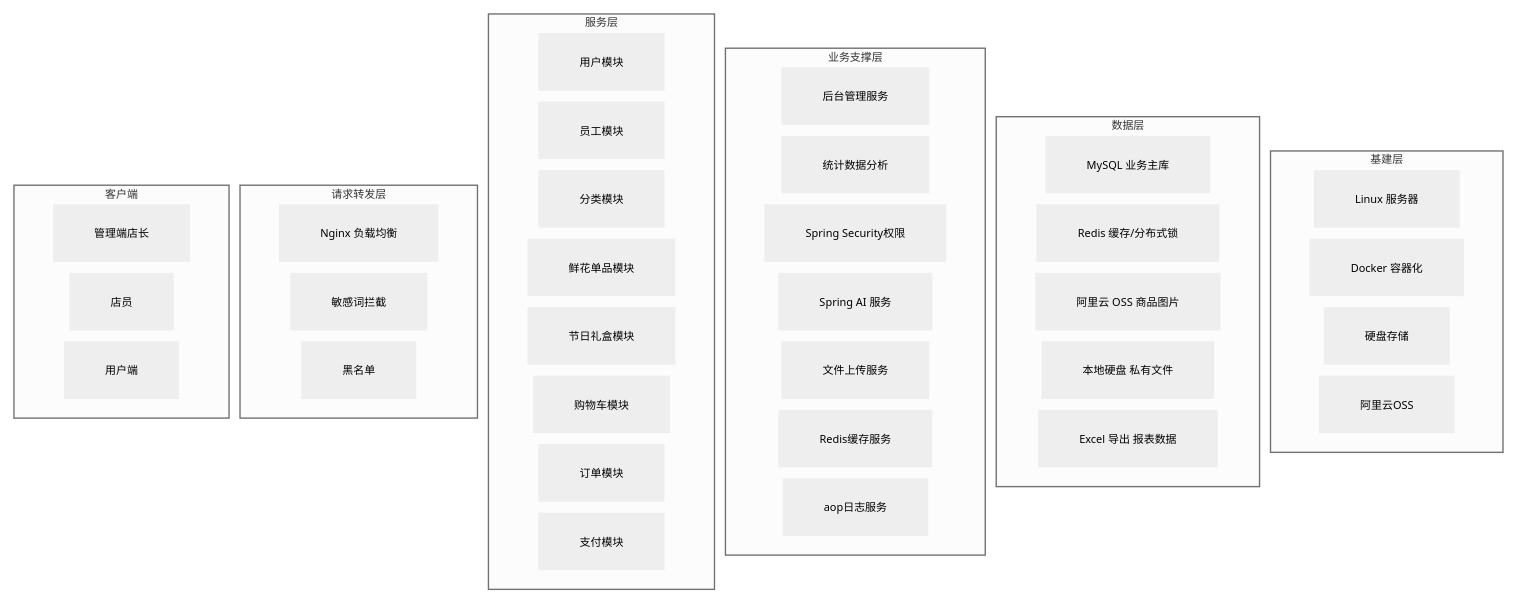
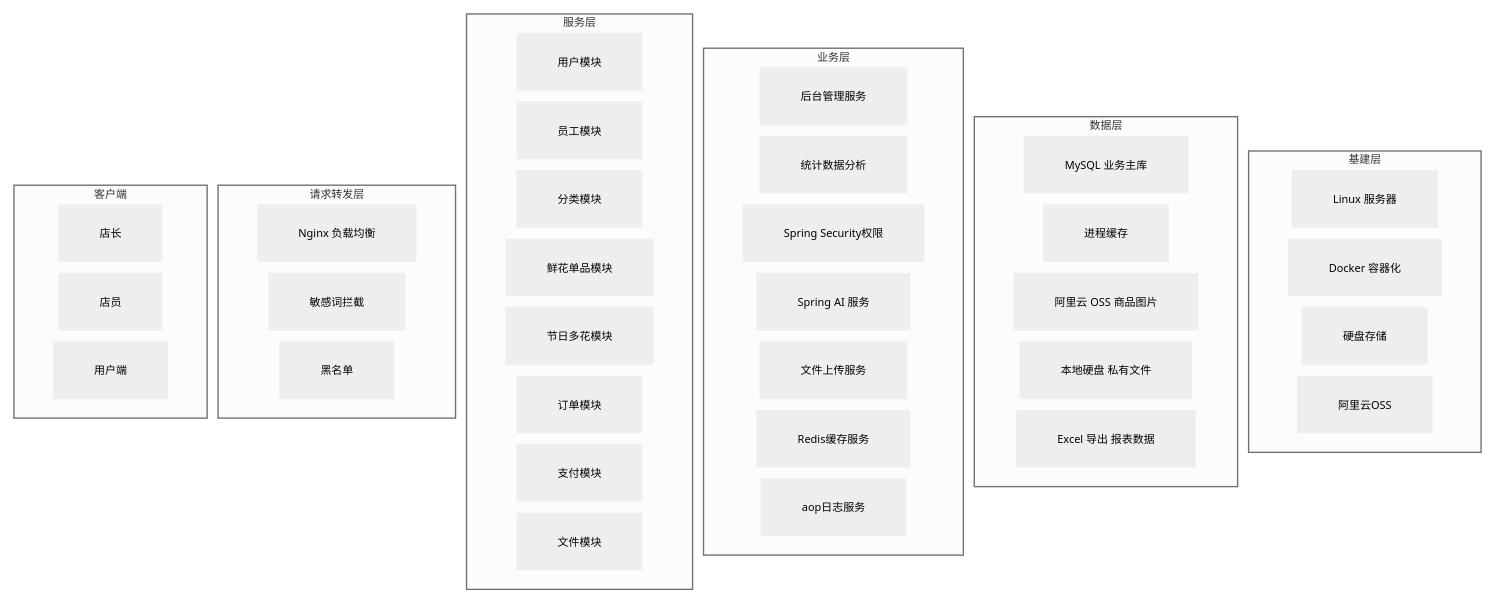
One commit to 1reaikeyi/flowerpay-ai changed the first of 7 diagrams in README.md. Above: the diagram before and after it, drawn with Mermaid. The commit also changed other lines of this file and 11 other files, not shown here.

````diff
--- a/README.md
+++ b/README.md
@@ -49,60 +50,61 @@
 ```mermaid
 %%{init: {'theme':'neutral','themeVariables':{'fontSize':'8px','nodeBorder':'2px'},'flowchart':{'nodeSpacing':8,'rankSpacing':32,'useMaxWidth':false,'curve':'basis'}}}%%
 	flowchart TB
 	%% ============ 基建层 ============
     subgraph INFRA["基建层"]
         direction LR
         I1["Linux 服务器"]
         I2["Docker 容器化"]
         I3["硬盘存储"]
         I4["阿里云OSS"]
     end
      %% ============ 数据层 ============
     subgraph DATA["数据层"]
         direction LR
         D1["MySQL 业务主库"]
         D2["Redis 缓存/分布式锁"]
         D3["阿里云 OSS 商品图片"]
         D4["本地硬盘 私有文件"]
         D5["Excel 导出 报表数据"]
+        D2["进程缓存"]
     end
- 	%% ============ 业务支撑层 ============
-    subgraph BIZ["业务支撑层"]
+ 	%% ============ 业务层 ============
+    subgraph BIZ["业务层"]
         direction LR
         BK1["后台管理服务"]
         BK2["统计数据分析"]
         BK3["Spring Security权限"]
         BK4["Spring AI 服务"]
         BK5["文件上传服务"]
         BK6["Redis缓存服务"]
         BK7["aop日志服务"]
     end
     
     %% ============ 服务层（业务模块）============
     subgraph SERVICE["服务层"]
         direction LR
         S1["用户模块"]
         S2["员工模块"]
         S3["分类模块"]
         S4["鲜花单品模块"]
-        S5["节日礼盒模块"]
-        S6["购物车模块"]
+        S5["节日多花模块"]
         S7["订单模块"]
         S8["支付模块"]
+        S9["文件模块"]
     end
   	%% ============ 请求转发层 ============
     subgraph GATEWAY["请求转发层"]
         direction LR
         GB1["Nginx 负载均衡"]
         GB2["敏感词拦截"]
         GB3["黑名单"]
     end
 
     %% ============ 客户端 ============
     subgraph CLIENT["客户端"]
         direction LR
-        C1["管理端店长"]
+        C1["店长"]
         C3["店员"]
         C2["用户端"]
     end
 ```
````
